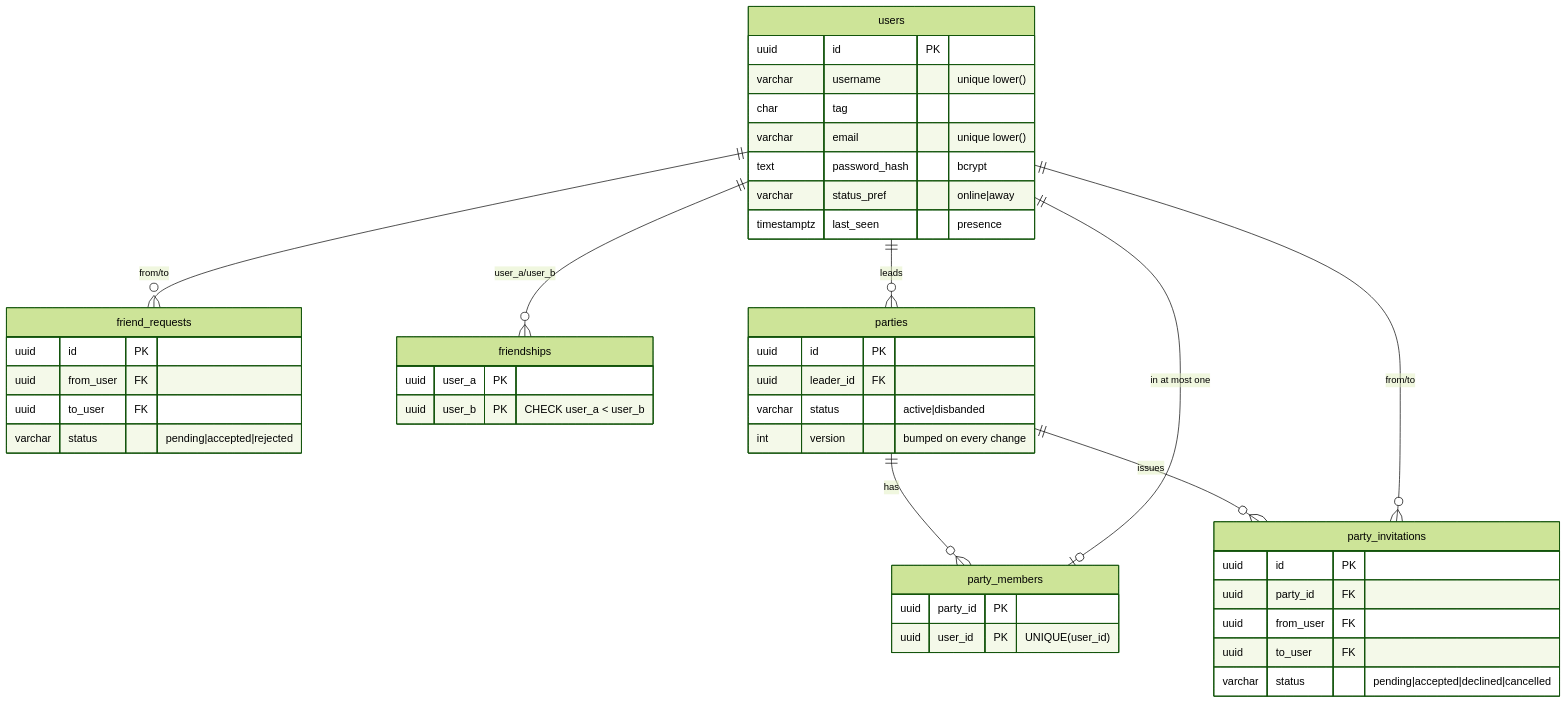
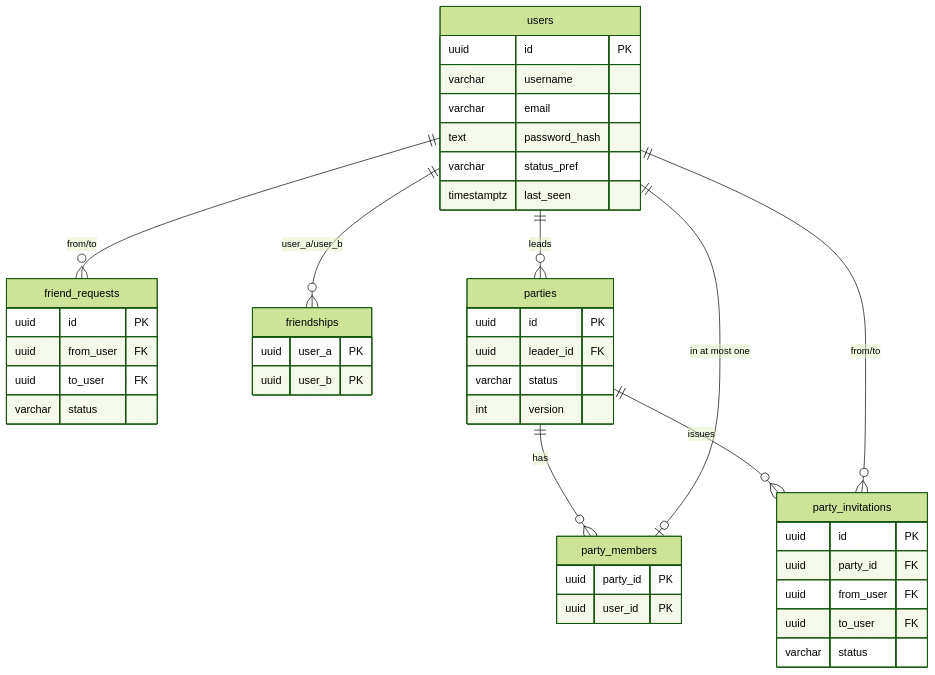
Before and after one commit to Aayushman00/warcis: the second of 2 diagrams in README.md, drawn with Mermaid (forest theme). The commit also changed other lines of this file, not shown here.

````diff
--- a/README.md
+++ b/README.md
@@ -269,35 +988,51 @@
 ```mermaid
 erDiagram
     users ||--o{ friend_requests : "from/to"
     users ||--o{ friendships : "user_a/user_b"
     users ||--o{ parties : leads
     parties ||--o{ party_members : has
     users ||--o| party_members : "in at most one"
     parties ||--o{ party_invitations : issues
     users ||--o{ party_invitations : "from/to"
 
-    users { uuid id PK
-            varchar username "unique lower()"
-            char tag
-            varchar email "unique lower()"
-            text password_hash "bcrypt"
-            varchar status_pref "online|away"
-            timestamptz last_seen "presence" }
-    friend_requests { uuid id PK
-            uuid from_user FK
-            uuid to_user FK
-            varchar status "pending|accepted|rejected" }
-    friendships { uuid user_a PK
-            uuid user_b PK "CHECK user_a < user_b" }
-    parties { uuid id PK
-            uuid leader_id FK
-            varchar status "active|disbanded"
-            int version "bumped on every change" }
-    party_members { uuid party_id PK
-            uuid user_id PK "UNIQUE(user_id)" }
-    party_invitations { uuid id PK
-            uuid party_id FK
-            uuid from_user FK
-            uuid to_user FK
-            varchar status "pending|accepted|declined|cancelled" }
+    users {
+        uuid id PK
+        varchar username
+        varchar email
+        text password_hash
+        varchar status_pref
+        timestamptz last_seen
+    }
+
+    friend_requests {
+        uuid id PK
+        uuid from_user FK
+        uuid to_user FK
+        varchar status
+    }
+
+    friendships {
+        uuid user_a PK
+        uuid user_b PK
+    }
+
+    parties {
+        uuid id PK
+        uuid leader_id FK
+        varchar status
+        int version
+    }
+
+    party_members {
+        uuid party_id PK
+        uuid user_id PK
+    }
+
+    party_invitations {
+        uuid id PK
+        uuid party_id FK
+        uuid from_user FK
+        uuid to_user FK
+        varchar status
+    }
 ```
````
